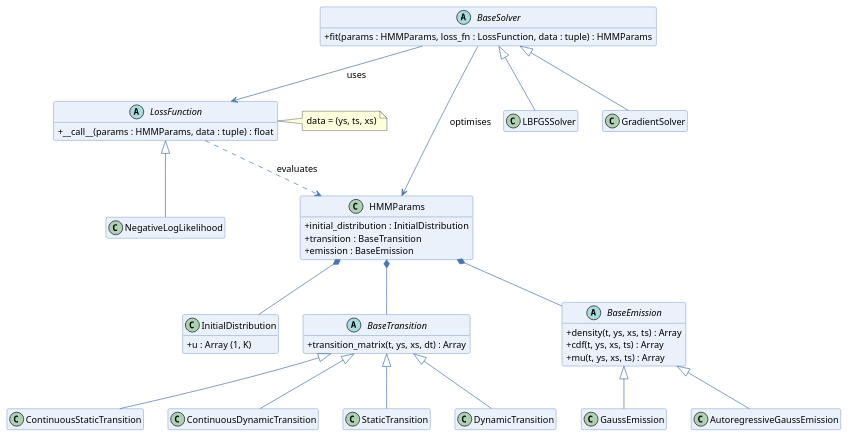
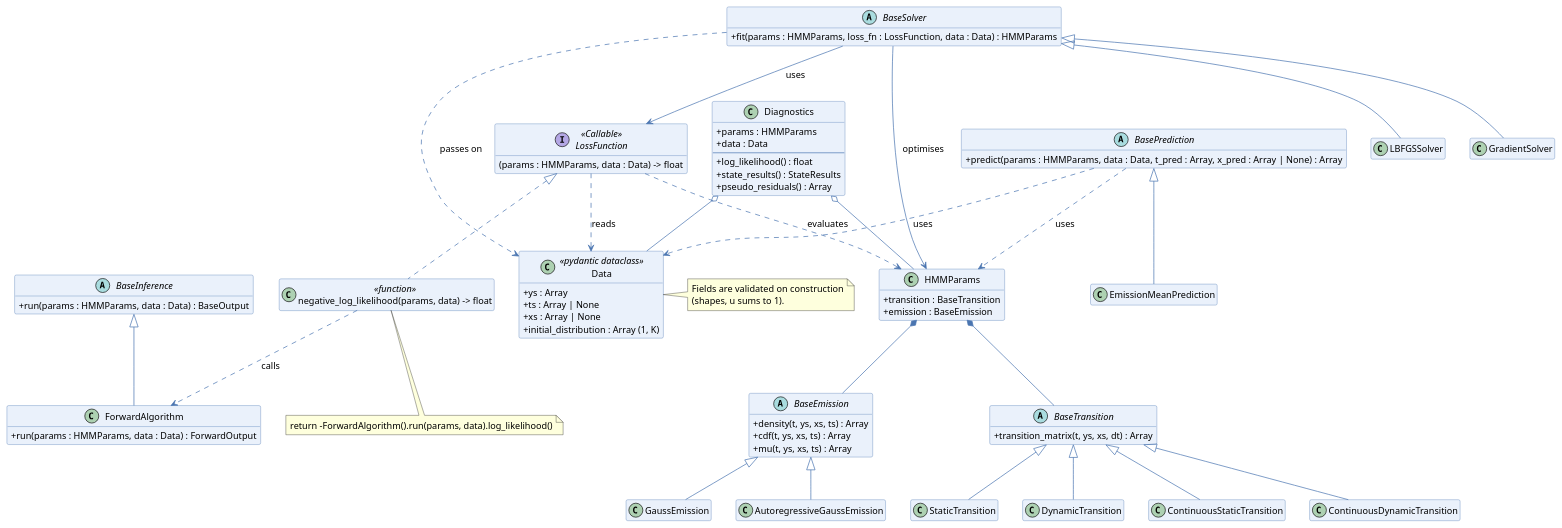
The diagram in docs/diagrams/07_v4_hmm_refactor.puml (Maccen26/hmm-modelling), drawn with PlantUML before and after one commit.

Commit message:
Finilised the class diagram of the HMM refactor, including the new Data class and the new LossFunction interface.

```diff
--- a/docs/diagrams/07_v4_hmm_refactor.puml
+++ b/docs/diagrams/07_v4_hmm_refactor.puml
@@ -1,82 +1,125 @@
 @startuml 07_v4_hmm_refactor
-' Proposed v4 structure, first step: HMMParams is built from an initial
-' distribution, a transition and an emission. Transition and emission are
-' abstract base classes with concrete implementations underneath.
+' Proposed v4 structure: HMMParams is built from a transition and an emission
+' (abstract base classes with concrete implementations underneath). The data,
+' including the initial state distribution, lives in a Pydantic dataclass that
+' the solver hands to the loss function together with HMMParams.
 
 skinparam backgroundColor #FFFFFF
 skinparam shadowing false
 skinparam defaultFontName SansSerif
 skinparam defaultFontSize 13
 skinparam classAttributeIconSize 0
 skinparam ArrowColor #4A75B0
 skinparam class {
     BackgroundColor #EAF1FB
     BorderColor #4A75B0
 }
 hide empty members
 
 class HMMParams {
-    + initial_distribution : InitialDistribution
     + transition : BaseTransition
     + emission : BaseEmission
 }
 
-class InitialDistribution {
-    + u : Array (1, K)
+class Data <<pydantic dataclass>> {
+    + ys : Array
+    + ts : Array | None
+    + xs : Array | None
+    {field} + initial_distribution : Array (1, K)
 }
+note right of Data
+  Fields are validated on construction
+  (shapes, u sums to 1).
+end note
 
 abstract class BaseTransition {
     + transition_matrix(t, ys, xs, dt) : Array
 }
 
 abstract class BaseEmission {
     + density(t, ys, xs, ts) : Array
     + cdf(t, ys, xs, ts) : Array
     + mu(t, ys, xs, ts) : Array
 }
 
 class StaticTransition
 class DynamicTransition
 class ContinuousStaticTransition
 class ContinuousDynamicTransition
 
 class GaussEmission
 class AutoregressiveGaussEmission
 
-HMMParams *-- InitialDistribution
 HMMParams *-- BaseTransition
 HMMParams *-- BaseEmission
 
 BaseTransition <|-- StaticTransition
 BaseTransition <|-- DynamicTransition
 BaseTransition <|-- ContinuousStaticTransition
 BaseTransition <|-- ContinuousDynamicTransition
 
 BaseEmission <|-- GaussEmission
 BaseEmission <|-- AutoregressiveGaussEmission
 
 ' --- Fitting: a solver minimises a loss over HMMParams ---
 abstract class BaseSolver {
-    + fit(params : HMMParams, loss_fn : LossFunction, data : tuple) : HMMParams
+    + fit(params : HMMParams, loss_fn : LossFunction, data : Data) : HMMParams
 }
 
-abstract class LossFunction {
-    + __call__(params : HMMParams, data : tuple) : float
+interface LossFunction <<Callable>> {
+    (params : HMMParams, data : Data) -> float
 }
-note right of LossFunction
-  data = (ys, ts, xs)
-end note
 
 class LBFGSSolver
 class GradientSolver
-class NegativeLogLikelihood
+class "negative_log_likelihood(params, data) -> float" as negative_log_likelihood <<function>>
+note bottom of negative_log_likelihood
+  return -ForwardAlgorithm().run(params, data).log_likelihood()
+end note
+
+' --- Inference: runs the HMM recursions over the data ---
+abstract class BaseInference {
+    + run(params : HMMParams, data : Data) : BaseOutput
+}
+
+class ForwardAlgorithm {
+    + run(params : HMMParams, data : Data) : ForwardOutput
+}
+
+BaseInference <|-- ForwardAlgorithm
+negative_log_likelihood ..> ForwardAlgorithm : calls
 
 BaseSolver <|-- LBFGSSolver
 BaseSolver <|-- GradientSolver
-LossFunction <|-- NegativeLogLikelihood
+LossFunction <|.. negative_log_likelihood
 
 BaseSolver --> LossFunction : uses
 BaseSolver --> HMMParams : optimises
 LossFunction ..> HMMParams : evaluates
+LossFunction ..> Data : reads
+
+' --- Diagnostics and prediction on a fitted model ---
+class Diagnostics {
+    + params : HMMParams
+    + data : Data
+    --
+    + log_likelihood() : float
+    + state_results() : StateResults
+    + pseudo_residuals() : Array
+}
+
+abstract class BasePrediction {
+    + predict(params : HMMParams, data : Data, t_pred : Array, x_pred : Array | None) : Array
+}
+
+class EmissionMeanPrediction
+
+BasePrediction <|-- EmissionMeanPrediction
+
+Diagnostics o-- HMMParams
+Diagnostics o-- Data
+BasePrediction ..> HMMParams : uses
+BasePrediction ..> Data : uses
+BaseSolver ..> Data : passes on
 
 @enduml
```
